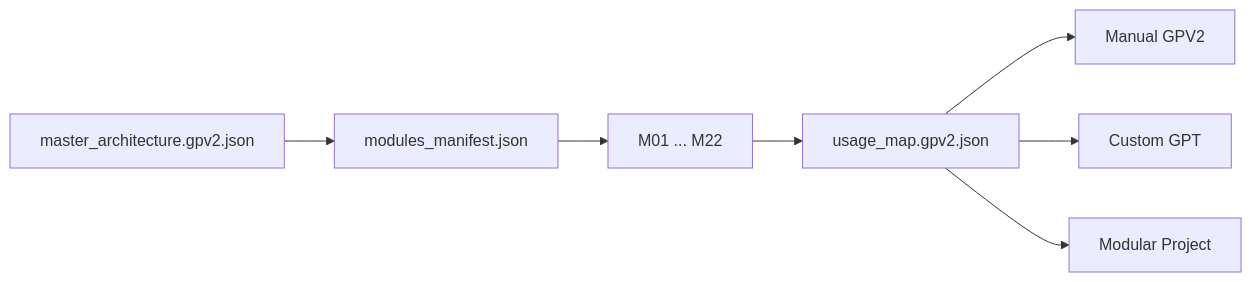
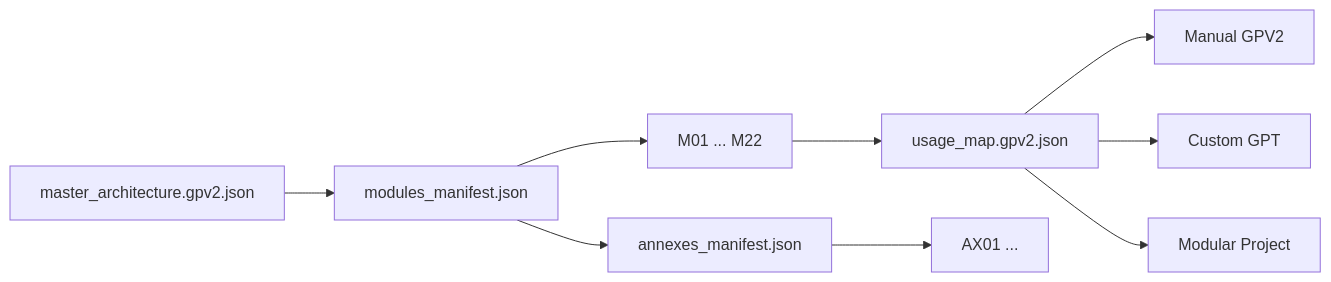
The diagram in README.md (TwinsProductionAI/Coeur_ORA_GrenaPrompt_repo), drawn with Mermaid before and after one commit. The commit also changed other lines of this file and 10 other files, not shown here.

````diff
--- a/README.md
+++ b/README.md
@@ -47,9 +50,11 @@
 ```mermaid
 flowchart LR
     A["master_architecture.gpv2.json"] --> B["modules_manifest.json"]
     B --> C["M01 ... M22"]
     C --> D["usage_map.gpv2.json"]
     D --> E["Manual GPV2"]
     D --> F["Custom GPT"]
     D --> G["Modular Project"]
+    B --> H["annexes_manifest.json"]
+    H --> I["AX01 ..."]
 ```
````
